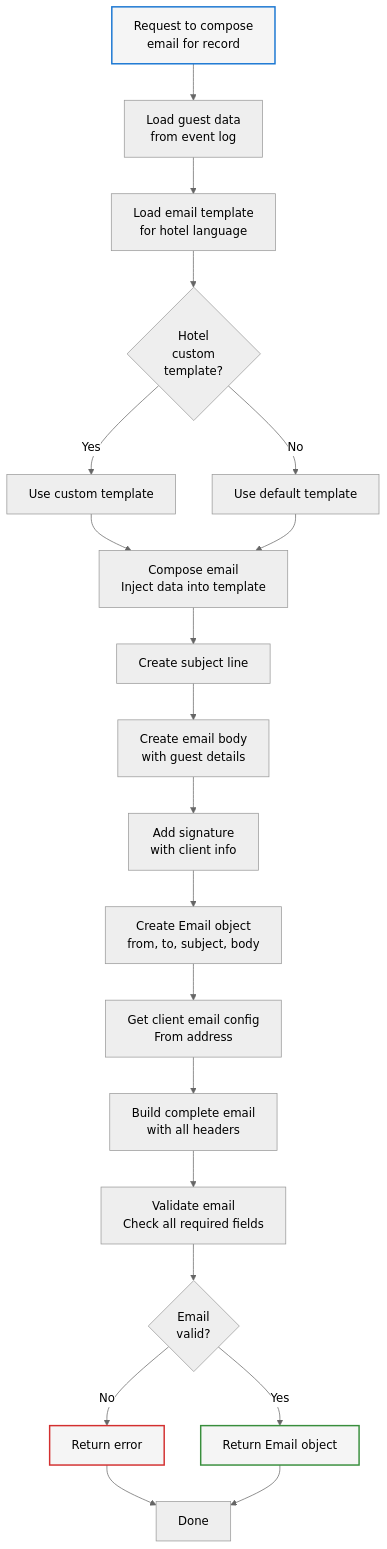
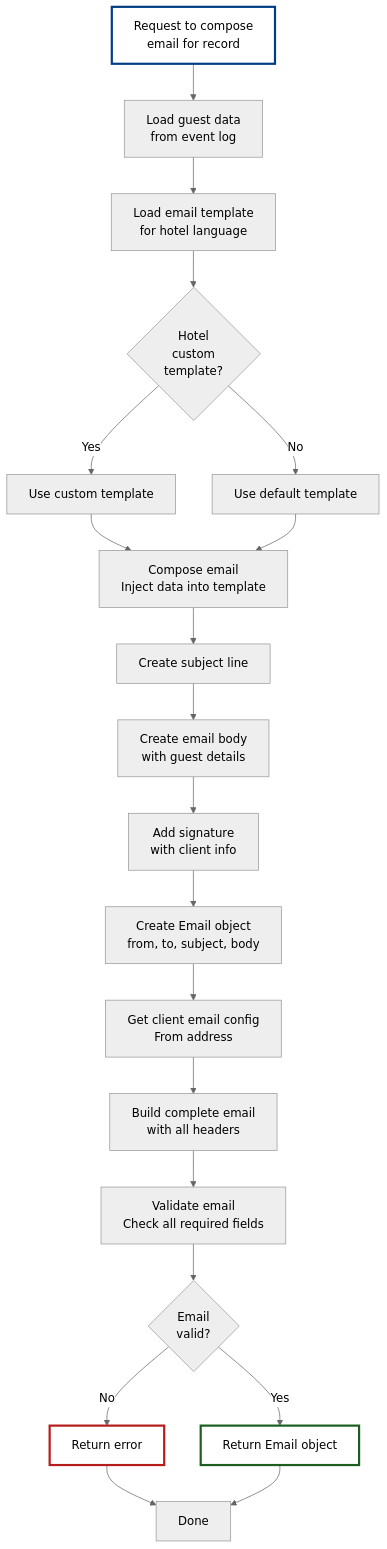
The first of 2 diagrams in design/components/06-Email-Composer.md (Org-for-Folio-AI/FolioAISpecs), drawn with Mermaid (neutral theme) before and after one commit. The commit also changed other lines of this file and 11 other files, not shown here.

First line of the commit message:
Improve mermaid diagrams: increase font size, darker colors, thicker strokes

````diff
--- a/design/components/06-Email-Composer.md
+++ b/design/components/06-Email-Composer.md
@@ -55,35 +55,36 @@
 ```mermaid
+%%{init: {'fontSize': 18, 'fontFamily': 'arial'}}%%
 flowchart TD
     Start["Request to compose<br/>email for record"] --> Load["Load guest data<br/>from event log"]
 
     Load --> LoadTemplate["Load email template<br/>for hotel language"]
     LoadTemplate --> CheckCustom{Hotel<br/>custom<br/>template?}
 
     CheckCustom -->|Yes| UseCustom["Use custom template"]
     CheckCustom -->|No| UseDefault["Use default template"]
 
     UseCustom --> Compose
     UseDefault --> Compose
 
     Compose["Compose email<br/>Inject data into template"]
     Compose --> Subject["Create subject line"]
     Subject --> Body["Create email body<br/>with guest details"]
     Body --> Signature["Add signature<br/>with client info"]
 
     Signature --> Email["Create Email object<br/>from, to, subject, body"]
     Email --> GetConfig["Get client email config<br/>From address"]
     GetConfig --> Build["Build complete email<br/>with all headers"]
 
     Build --> Validate["Validate email<br/>Check all required fields"]
     Validate --> Valid{Email<br/>valid?}
 
     Valid -->|No| Error["Return error"]
     Valid -->|Yes| Return["Return Email object"]
 
     Error --> Done["Done"]
     Return --> Done
 
-    style Start stroke:#1976d2,fill:#f5f5f5,stroke-width:2px
-    style Return stroke:#388e3c,fill:#f5f5f5,stroke-width:2px
-    style Error stroke:#d32f2f,fill:#f5f5f5,stroke-width:2px
+    style Start stroke:#003d82,fill:#ffffff,stroke-width:3px,font-size:16px
+    style Return stroke:#1b5e20,fill:#ffffff,stroke-width:3px,font-size:16px
+    style Error stroke:#b71c1c,fill:#ffffff,stroke-width:3px,font-size:16px
 ```
````
